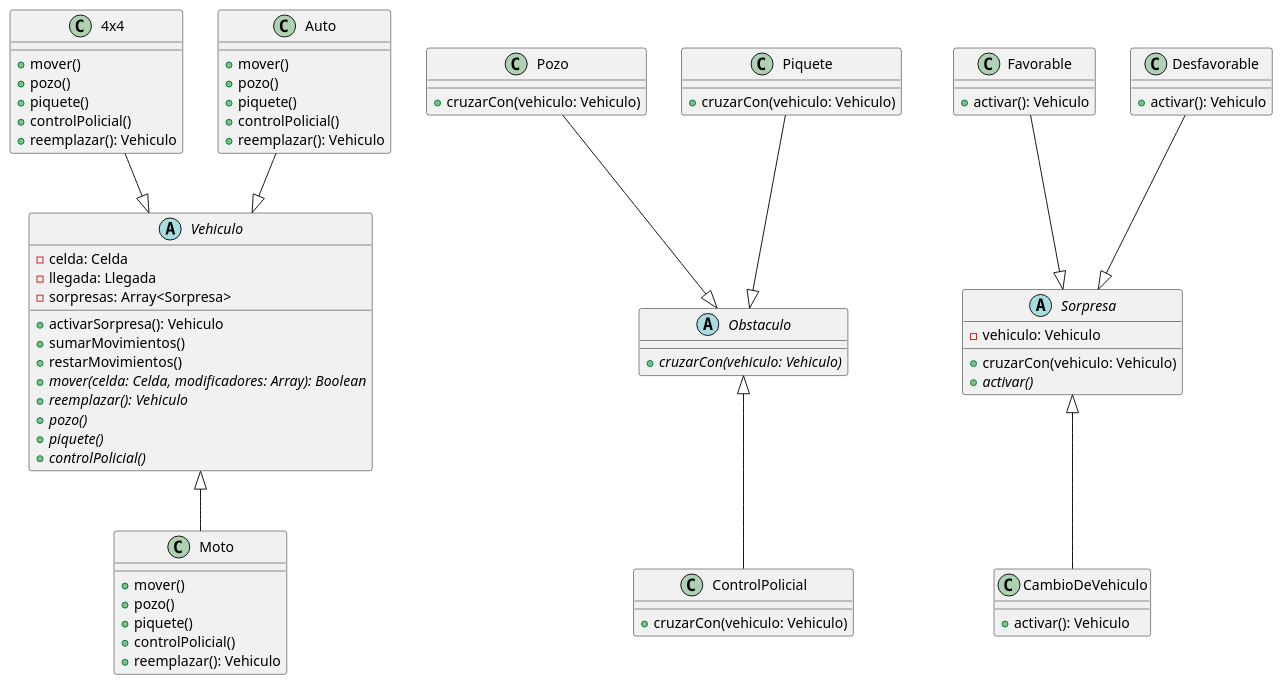
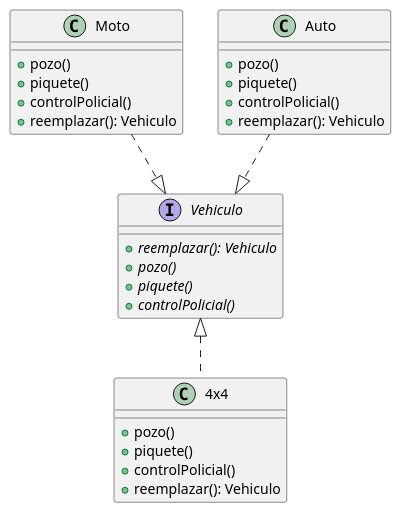
Before and after one commit to tomasayala/algo3_tp2_1C2022: the third of 4 diagrams in diagrams/classes/modelo_inicial/modelo_inicial.plantuml, drawn with PlantUML. The commit also changed other lines of this file and 14 other files, not shown here.

```diff
--- a/diagrams/classes/modelo_inicial/modelo_inicial.plantuml
+++ b/diagrams/classes/modelo_inicial/modelo_inicial.plantuml
@@ -66,89 +93,35 @@
-@startuml ext-herencias
+@startuml interface-vehiculo
+
+interface Vehiculo {
+    + {abstract} reemplazar(): Vehiculo
+    + {abstract} pozo()
+    + {abstract} piquete()
+    + {abstract} controlPolicial()
+}
 
 class 4x4 { 
-    + mover()
     + pozo()
     + piquete()
     + controlPolicial()
     + reemplazar(): Vehiculo
 }
 
 class Moto {
-    + mover()
     + pozo()
     + piquete()
     + controlPolicial()
     + reemplazar(): Vehiculo
 }
 
 class Auto {
-    + mover()
     + pozo()
     + piquete()
     + controlPolicial()
     + reemplazar(): Vehiculo
 }
 
-abstract Vehiculo {
-    - celda: Celda
-    - llegada: Llegada
-    - sorpresas: Array<Sorpresa>
-
-    + activarSorpresa(): Vehiculo
-    + sumarMovimientos()
-    + restarMovimientos()
-    + {abstract} mover(celda: Celda, modificadores: Array): Boolean
-    + {abstract} reemplazar(): Vehiculo
-    + {abstract} pozo()
-    + {abstract} piquete()
-    + {abstract} controlPolicial()
-}
-
-abstract Obstaculo {
-    + {abstract} cruzarCon(vehiculo: Vehiculo)
-}
-
-abstract Sorpresa {
-    - vehiculo: Vehiculo
-    + cruzarCon(vehiculo: Vehiculo)
-    + {abstract} activar()
-}
-
-class Pozo {
-    + cruzarCon(vehiculo: Vehiculo)
-}
-
-class ControlPolicial {
-    + cruzarCon(vehiculo: Vehiculo)
-}
-
-class Piquete {
-    + cruzarCon(vehiculo: Vehiculo)
-}
-
-class Favorable {
-    + activar(): Vehiculo
-}
-
-class Desfavorable {
-    + activar(): Vehiculo
-}
-
-class CambioDeVehiculo {
-    + activar(): Vehiculo
-}
-
-
-Favorable --|> Sorpresa
-Desfavorable --|> Sorpresa
-CambioDeVehiculo -up-|> Sorpresa
-
-Pozo --|> Obstaculo
-Piquete --|> Obstaculo
-ControlPolicial -up-|> Obstaculo
-
-4x4 --|> Vehiculo
-Auto --|> Vehiculo
-Moto -up-|> Vehiculo
+4x4 .up.|> Vehiculo
+Auto ..|> Vehiculo
+Moto ..|> Vehiculo
 
 @enduml
```
